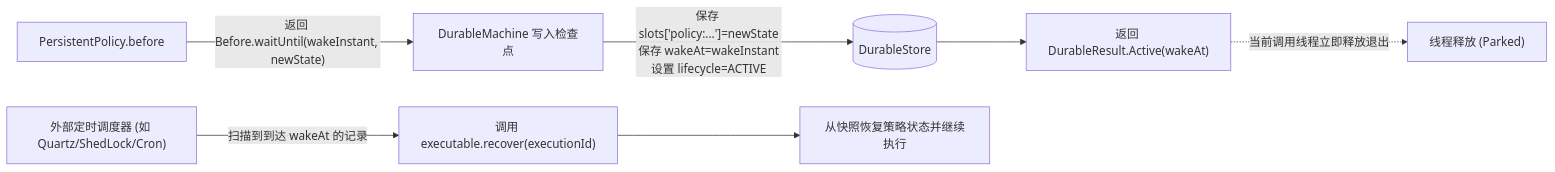
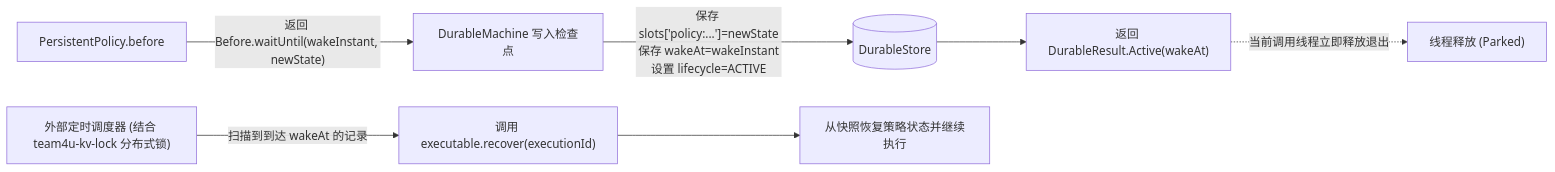
One commit to team4u/team4u-framework changed the second of 2 diagrams in docs/flow/flow-durable-resume.md. Above: the diagram before and after it, drawn with Mermaid. The commit also changed 1 other file, not shown here.

Commit message:
docs(flow): replace external lock with framework native team4u-kv-lock in scheduler examples and diagrams

````diff
--- a/docs/flow/flow-durable-resume.md
+++ b/docs/flow/flow-durable-resume.md
@@ -171,11 +171,11 @@
 ```mermaid
 graph LR
     P_BEFORE["PersistentPolicy.before"] -->|"返回 Before.waitUntil(wakeInstant, newState)"| M["DurableMachine 写入检查点"]
     M -->|"保存 slots['policy:...']=newState<br/>保存 wakeAt=wakeInstant<br/>设置 lifecycle=ACTIVE"| DS[("DurableStore")]
     DS --> RES["返回 DurableResult.Active(wakeAt)"]
     
     RES -.->|"当前调用线程立即释放退出"| EXIT["线程释放 (Parked)"]
     
-    SCHED["外部定时调度器 (如 Quartz/ShedLock/Cron)"] -->|"扫描到到达 wakeAt 的记录"| REC["调用 executable.recover(executionId)"]
+    SCHED["外部定时调度器 (结合 team4u-kv-lock 分布式锁)"] -->|"扫描到到达 wakeAt 的记录"| REC["调用 executable.recover(executionId)"]
     REC --> NEXT["从快照恢复策略状态并继续执行"]
 ```
````
